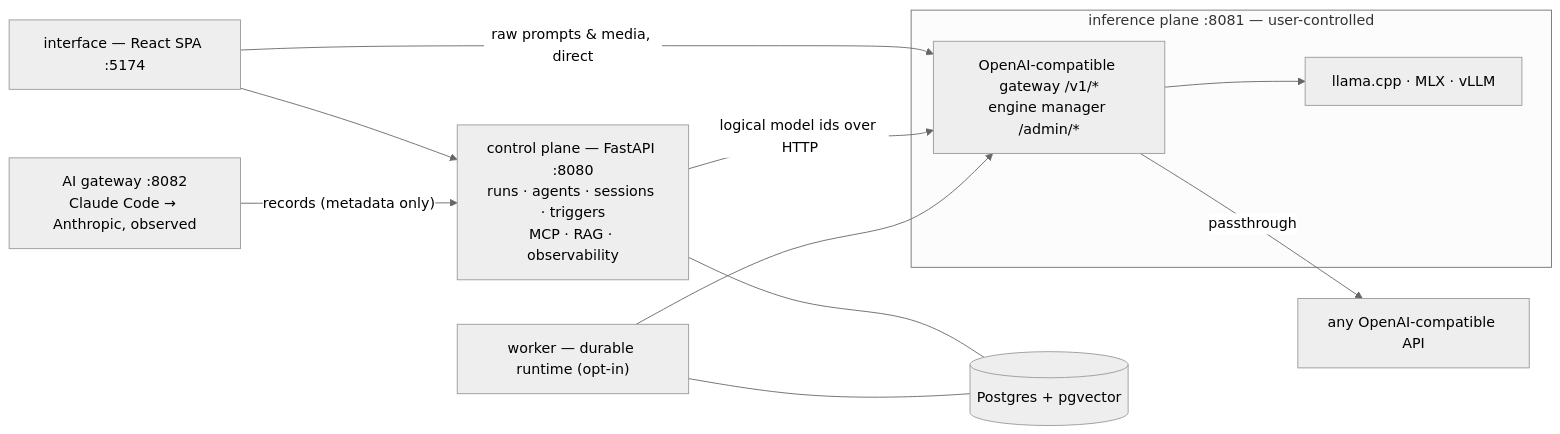
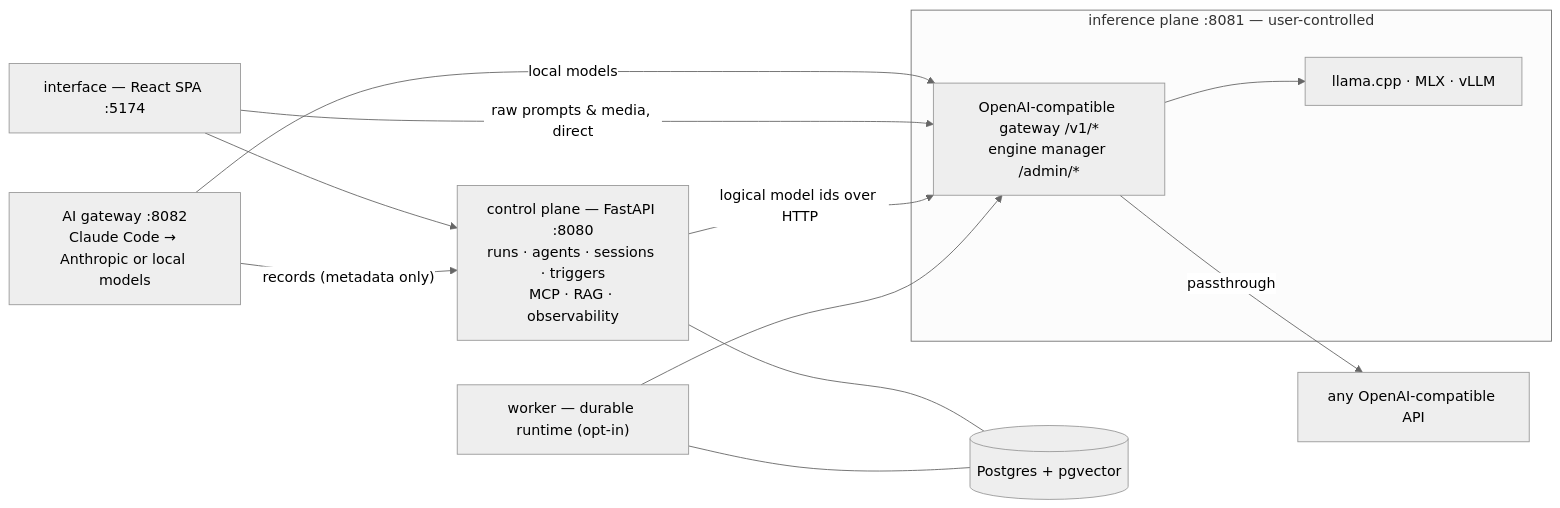
The diagram in README.md (al2m4n/TheYgent), drawn with Mermaid (neutral theme) before and after one commit. The commit also changed other lines of this file and 3 other files, not shown here.

````diff
--- a/README.md
+++ b/README.md
@@ -64,23 +65,24 @@
 ```mermaid
 flowchart LR
   UI["interface — React SPA :5174"]
   API["control plane — FastAPI :8080\nruns · agents · sessions · triggers\nMCP · RAG · observability"]
   W["worker — durable runtime (opt-in)"]
   PG[("Postgres + pgvector")]
   subgraph ip["inference plane :8081 — user-controlled"]
     GW["OpenAI-compatible gateway /v1/*\nengine manager /admin/*"]
     ENG["llama.cpp · MLX · vLLM"]
   end
   HOSTED["any OpenAI-compatible API"]
-  AG["AI gateway :8082\nClaude Code → Anthropic, observed"]
+  AG["AI gateway :8082\nClaude Code → Anthropic or local models"]
 
   UI --> API
   AG -->|"records (metadata only)"| API
+  AG -->|"local models"| GW
   UI -->|"raw prompts & media, direct"| GW
   API -->|"logical model ids over HTTP"| GW
   W --> GW
   API --- PG
   W --- PG
   GW --> ENG
   GW -->|passthrough| HOSTED
 ```
````
